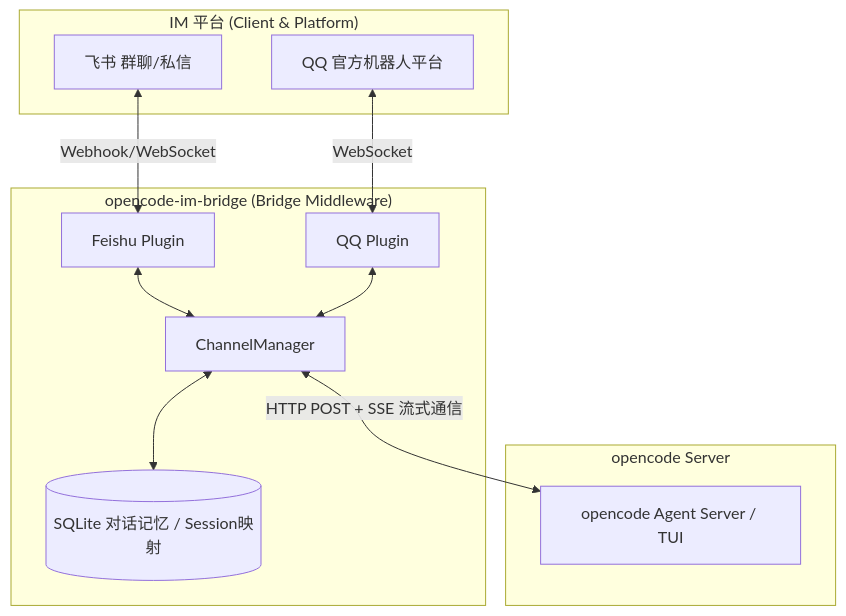
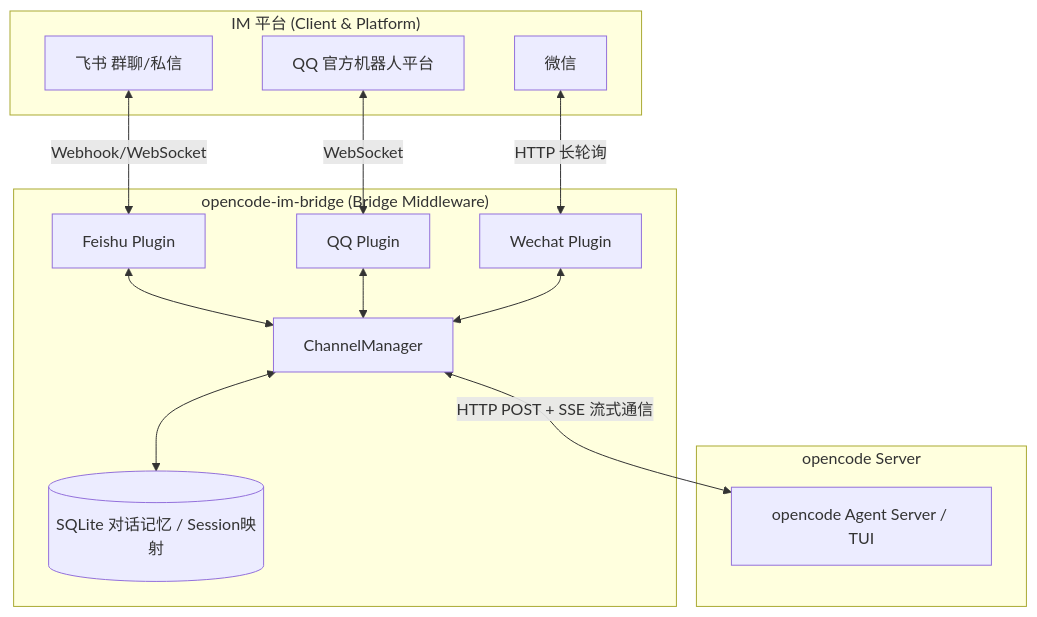
One commit to shf-275599/opencode-chat-bridge changed the diagram in README.md. Above: the diagram before and after it, drawn with Mermaid. The commit also changed other lines of this file and 4 other files, not shown here.

````diff
--- a/README.md
+++ b/README.md
@@ -30,25 +30,29 @@
 ```mermaid
 graph TD;
     subgraph "IM 平台 (Client & Platform)"
         Feishu[飞书 群聊/私信]
         QQ[QQ 官方机器人平台]
+        WeChat[微信]
     end
 
     subgraph "opencode-im-bridge (Bridge Middleware)"
         FeishuPlugin[Feishu Plugin]
         QQPlugin[QQ Plugin]
+        WechatPlugin[Wechat Plugin]
         
         FeishuPlugin <--> ChannelManager
         QQPlugin <--> ChannelManager
+        WechatPlugin <--> ChannelManager
 
         ChannelManager <--> SessionManager[(SQLite 对话记忆 / Session映射)]
     end
     
     subgraph "opencode Server"
         Agent[opencode Agent Server / TUI]
     end
 
     Feishu <--> |Webhook/WebSocket| FeishuPlugin
     QQ <--> |WebSocket| QQPlugin
+    WeChat <--> |HTTP 长轮询| WechatPlugin
     ChannelManager <--> |HTTP POST + SSE 流式通信| Agent
 ```
````
